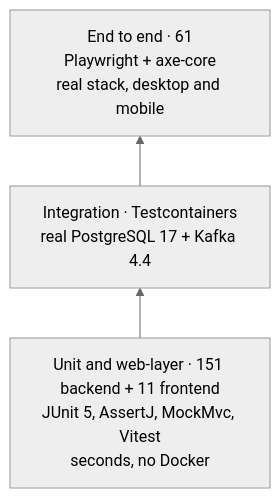
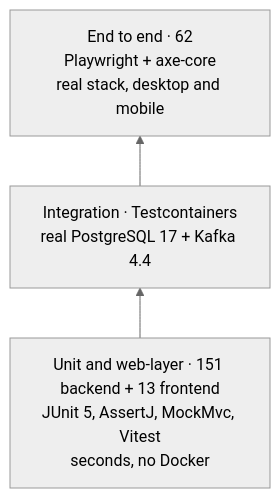
The diagram in docs/features/testing.md (heikaliskandar/chubb-claims-platform), drawn with Mermaid (neutral theme) before and after one commit. The commit also changed 29 other files, not shown here.

````diff
--- a/docs/features/testing.md
+++ b/docs/features/testing.md
@@ -5,7 +5,7 @@
 ```mermaid
 flowchart BT
-    U["Unit and web-layer · 151 backend + 11 frontend<br/>JUnit 5, AssertJ, MockMvc, Vitest<br/>seconds, no Docker"]
+    U["Unit and web-layer · 151 backend + 13 frontend<br/>JUnit 5, AssertJ, MockMvc, Vitest<br/>seconds, no Docker"]
     I["Integration · Testcontainers<br/>real PostgreSQL 17 + Kafka 4.4"]
-    E["End to end · 61<br/>Playwright + axe-core<br/>real stack, desktop and mobile"]
+    E["End to end · 62<br/>Playwright + axe-core<br/>real stack, desktop and mobile"]
     U --> I --> E
 ```
````
